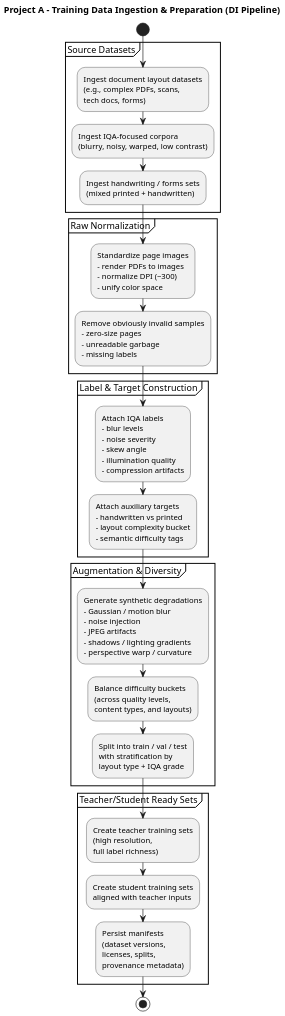
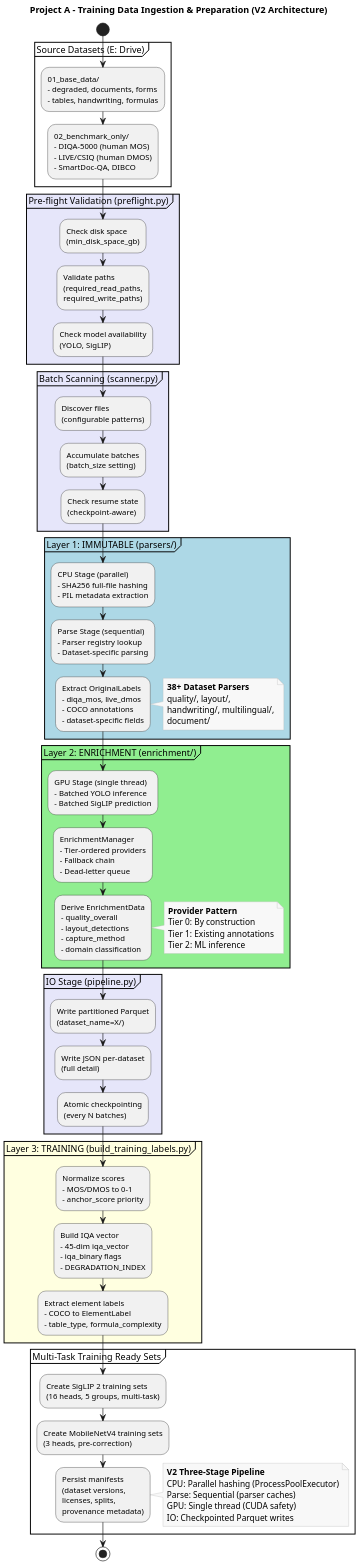
Before and after one commit to williaby/image-preprocessing-detector: the diagram in docs/architecture/diagrams/level-2/data-preparation/project-a-training-data-ingestion.puml, drawn with PlantUML. The commit also changed 1157 other files, not shown here.

First line of the commit message:
feat: Stream 1 schema foundation, annotation system, and doc reorganization (#126)

```diff
--- a/docs/architecture/diagrams/level-2/data-preparation/project-a-training-data-ingestion.puml
+++ b/docs/architecture/diagrams/level-2/data-preparation/project-a-training-data-ingestion.puml
@@ -1,47 +1,85 @@
- @startuml
-title Project A - Training Data Ingestion & Preparation (DI Pipeline)
+@startuml project-a-training-data-ingestion
+title Project A - Training Data Ingestion & Preparation (V2 Architecture)
 
 skinparam dpi 150
 skinparam shadowing false
 skinparam rectangle {
   BackgroundColor White
   BorderColor Black
 }
 skinparam note {
   BackgroundColor #F8F8F8
   BorderColor #BBBBBB
 }
-
 start
 
-partition "Source Datasets" {
-  :Ingest document layout datasets\n(e.g., complex PDFs, scans,\ntech docs, forms);
-  :Ingest IQA-focused corpora\n(blurry, noisy, warped, low contrast);
-  :Ingest handwriting / forms sets\n(mixed printed + handwritten);
+partition "Source Datasets (E: Drive)" {
+  :01_base_data/\n- degraded, documents, forms\n- tables, handwriting, formulas;
+  :02_benchmark_only/\n- DIQA-5000 (human MOS)\n- LIVE/CSIQ (human DMOS)\n- SmartDoc-QA, DIBCO;
 }
 
-partition "Raw Normalization" {
-  :Standardize page images\n- render PDFs to images\n- normalize DPI (~300)\n- unify color space;
-  :Remove obviously invalid samples\n- zero-size pages\n- unreadable garbage\n- missing labels;
+partition "Pre-flight Validation (preflight.py)" #E6E6FA {
+  :Check disk space\n(min_disk_space_gb);
+  :Validate paths\n(required_read_paths,\nrequired_write_paths);
+  :Check model availability\n(YOLO, SigLIP);
 }
 
-partition "Label & Target Construction" {
-  :Attach IQA labels\n- blur levels\n- noise severity\n- skew angle\n- illumination quality\n- compression artifacts;
-  :Attach auxiliary targets\n- handwritten vs printed\n- layout complexity bucket\n- semantic difficulty tags;
+partition "Batch Scanning (scanner.py)" #E6E6FA {
+  :Discover files\n(configurable patterns);
+  :Accumulate batches\n(batch_size setting);
+  :Check resume state\n(checkpoint-aware);
 }
 
-partition "Augmentation & Diversity" {
-  :Generate synthetic degradations\n- Gaussian / motion blur\n- noise injection\n- JPEG artifacts\n- shadows / lighting gradients\n- perspective warp / curvature;
-  :Balance difficulty buckets\n(across quality levels,\ncontent types, and layouts);
-  :Split into train / val / test\nwith stratification by\nlayout type + IQA grade;
+partition "Layer 1: IMMUTABLE (parsers/)" #ADD8E6 {
+  :CPU Stage (parallel)\n- SHA256 full-file hashing\n- PIL metadata extraction;
+  :Parse Stage (sequential)\n- Parser registry lookup\n- Dataset-specific parsing;
+  :Extract OriginalLabels\n- diqa_mos, live_dmos\n- COCO annotations\n- dataset-specific fields;
+  note right
+    **38+ Dataset Parsers**
+    quality/, layout/,
+    handwriting/, multilingual/,
+    document/
+  end note
 }
 
-partition "Teacher/Student Ready Sets" {
-  :Create teacher training sets\n(high resolution,\nfull label richness);
-  :Create student training sets\naligned with teacher inputs;
+partition "Layer 2: ENRICHMENT (enrichment/)" #90EE90 {
+  :GPU Stage (single thread)\n- Batched YOLO inference\n- Batched SigLIP prediction;
+  :EnrichmentManager\n- Tier-ordered providers\n- Fallback chain\n- Dead-letter queue;
+  :Derive EnrichmentData\n- quality_overall\n- layout_detections\n- capture_method\n- domain classification;
+  note right
+    **Provider Pattern**
+    Tier 0: By construction
+    Tier 1: Existing annotations
+    Tier 2: ML inference
+  end note
+}
+
+partition "IO Stage (pipeline.py)" #E6E6FA {
+  :Write partitioned Parquet\n(dataset_name=X/);
+  :Write JSON per-dataset\n(full detail);
+  :Atomic checkpointing\n(every N batches);
+}
+
+partition "Layer 3: TRAINING (build_training_labels.py)" #FFFFE0 {
+  :Normalize scores\n- MOS/DMOS to 0-1\n- anchor_score priority;
+  :Build IQA vector\n- 45-dim iqa_vector\n- iqa_binary flags\n- DEGRADATION_INDEX;
+  :Extract element labels\n- COCO to ElementLabel\n- table_type, formula_complexity;
+}
+
+partition "Multi-Task Training Ready Sets" {
+  :Create SigLIP 2 training sets\n(16 heads, 5 groups, multi-task);
+  :Create MobileNetV4 training sets\n(3 heads, pre-correction);
   :Persist manifests\n(dataset versions,\nlicenses, splits,\nprovenance metadata);
 }
+
+note right
+  **V2 Three-Stage Pipeline**
+  CPU: Parallel hashing (ProcessPoolExecutor)
+  Parse: Sequential (parser caches)
+  GPU: Single thread (CUDA safety)
+  IO: Checkpointed Parquet writes
+end note
 
 stop
 
 @enduml
```
